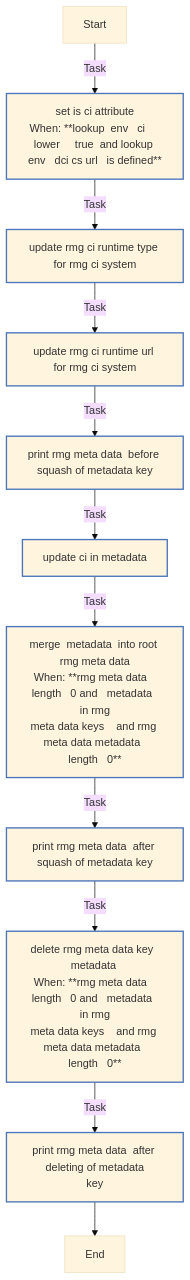
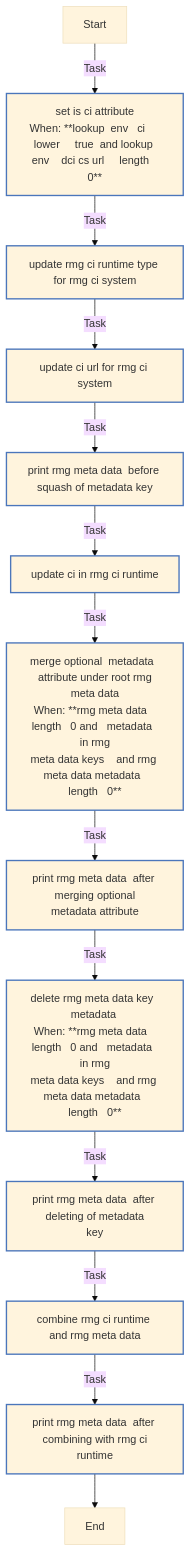
Before and after one commit to mvk/eco-ci-cd: the sixth of 7 diagrams in playbooks/infra/reporting/roles/report_metadata_gen/README.md, drawn with Mermaid (base theme). The commit also changed other lines of this file and 3 other files, not shown here.

````diff
--- a/playbooks/infra/reporting/roles/report_metadata_gen/README.md
+++ b/playbooks/infra/reporting/roles/report_metadata_gen/README.md
@@ -282,23 +281,25 @@
 ```mermaid
 flowchart TD
 Start
 classDef block stroke:#3498db,stroke-width:2px;
 classDef task stroke:#4b76bb,stroke-width:2px;
 classDef includeTasks stroke:#16a085,stroke-width:2px;
 classDef importTasks stroke:#34495e,stroke-width:2px;
 classDef includeRole stroke:#2980b9,stroke-width:2px;
 classDef importRole stroke:#699ba7,stroke-width:2px;
 classDef includeVars stroke:#8e44ad,stroke-width:2px;
 classDef rescue stroke:#665352,stroke-width:2px;
 
-  Start-->|Task| Set_is_ci_attribute0[set is ci attribute<br>When: **lookup  env   ci     lower     true  and lookup <br>env   dci cs url   is defined**]:::task
+  Start-->|Task| Set_is_ci_attribute0[set is ci attribute<br>When: **lookup  env   ci     lower     true  and lookup <br>env    dci cs url     length   0**]:::task
   Set_is_ci_attribute0-->|Task| Update_rmg_ci_runtime_type_for_rmg_ci_system1[update rmg ci runtime type for rmg ci system]:::task
-  Update_rmg_ci_runtime_type_for_rmg_ci_system1-->|Task| Update_rmg_ci_runtime_url_for_rmg_ci_system2[update rmg ci runtime url for rmg ci system]:::task
-  Update_rmg_ci_runtime_url_for_rmg_ci_system2-->|Task| Print_rmg_meta_data__Before_squash_of_metadata_key_3[print rmg meta data  before squash of metadata key<br>]:::task
-  Print_rmg_meta_data__Before_squash_of_metadata_key_3-->|Task| Update_ci_in_metadata4[update ci in metadata]:::task
-  Update_ci_in_metadata4-->|Task| Merge__metadata__into_root_rmg_meta_data5[merge  metadata  into root rmg meta data<br>When: **rmg meta data   length   0 and   metadata  in rmg<br>meta data keys    and rmg meta data metadata  <br>length   0**]:::task
-  Merge__metadata__into_root_rmg_meta_data5-->|Task| Print_rmg_meta_data__AFTER_squash_of_metadata_key_6[print rmg meta data  after squash of metadata key ]:::task
-  Print_rmg_meta_data__AFTER_squash_of_metadata_key_6-->|Task| Delete_rmg_meta_data_key__metadata_7[delete rmg meta data key  metadata <br>When: **rmg meta data   length   0 and   metadata  in rmg<br>meta data keys    and rmg meta data metadata  <br>length   0**]:::task
+  Update_rmg_ci_runtime_type_for_rmg_ci_system1-->|Task| Update_ci_url_for_rmg_ci_system2[update ci url for rmg ci system]:::task
+  Update_ci_url_for_rmg_ci_system2-->|Task| Print_rmg_meta_data__Before_squash_of_metadata_key_3[print rmg meta data  before squash of metadata key<br>]:::task
+  Print_rmg_meta_data__Before_squash_of_metadata_key_3-->|Task| Update_ci_in_rmg_ci_runtime4[update ci in rmg ci runtime]:::task
+  Update_ci_in_rmg_ci_runtime4-->|Task| Merge_optional__metadata__attribute_under_root_rmg_meta_data5[merge optional  metadata  attribute under root rmg<br>meta data<br>When: **rmg meta data   length   0 and   metadata  in rmg<br>meta data keys    and rmg meta data metadata  <br>length   0**]:::task
+  Merge_optional__metadata__attribute_under_root_rmg_meta_data5-->|Task| Print_rmg_meta_data__AFTER_merging_optional_metadata_attribute_6[print rmg meta data  after merging optional<br>metadata attribute ]:::task
+  Print_rmg_meta_data__AFTER_merging_optional_metadata_attribute_6-->|Task| Delete_rmg_meta_data_key__metadata_7[delete rmg meta data key  metadata <br>When: **rmg meta data   length   0 and   metadata  in rmg<br>meta data keys    and rmg meta data metadata  <br>length   0**]:::task
   Delete_rmg_meta_data_key__metadata_7-->|Task| Print_rmg_meta_data__AFTER_deleting_of_metadata_key_8[print rmg meta data  after deleting of metadata<br>key ]:::task
-  Print_rmg_meta_data__AFTER_deleting_of_metadata_key_8-->End
+  Print_rmg_meta_data__AFTER_deleting_of_metadata_key_8-->|Task| combine_rmg_ci_runtime_and_rmg_meta_data9[combine rmg ci runtime and rmg meta data]:::task
+  combine_rmg_ci_runtime_and_rmg_meta_data9-->|Task| Print_rmg_meta_data__AFTER_combining_with_rmg_ci_runtime_10[print rmg meta data  after combining with rmg ci<br>runtime ]:::task
+  Print_rmg_meta_data__AFTER_combining_with_rmg_ci_runtime_10-->End
 ```
````
